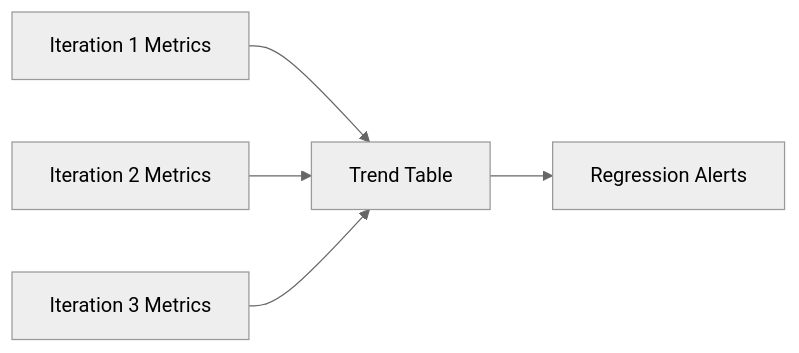
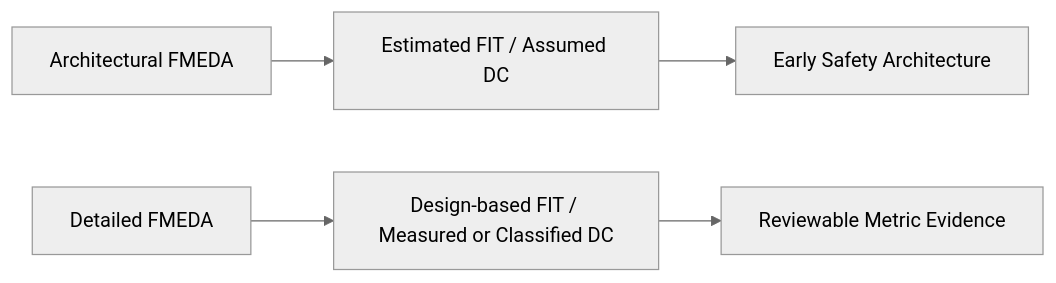
The third of 7 diagrams in articles/16_automotive_safeic_practice_d16_github_en_regression_and_trend_tracking.md (qiqixixi1001/automotive-safeic-practice), drawn with Mermaid (neutral theme) before and after one commit. The commit also changed other lines of this file, not shown here.

````diff
--- a/articles/16_automotive_safeic_practice_d16_github_en_regression_and_trend_tracking.md
+++ b/articles/16_automotive_safeic_practice_d16_github_en_regression_and_trend_tracking.md
@@ -312,7 +163,7 @@
 ```mermaid
 flowchart LR
-    A[Iteration 1 Metrics] --> B[Trend Table]
-    C[Iteration 2 Metrics] --> B
-    D[Iteration 3 Metrics] --> B
-    B --> E[Regression Alerts]
+    A[Architectural FMEDA] --> B[Estimated FIT / Assumed DC]
+    C[Detailed FMEDA] --> D[Design-based FIT / Measured or Classified DC]
+    B --> E[Early Safety Architecture]
+    D --> F[Reviewable Metric Evidence]
 ```
````
